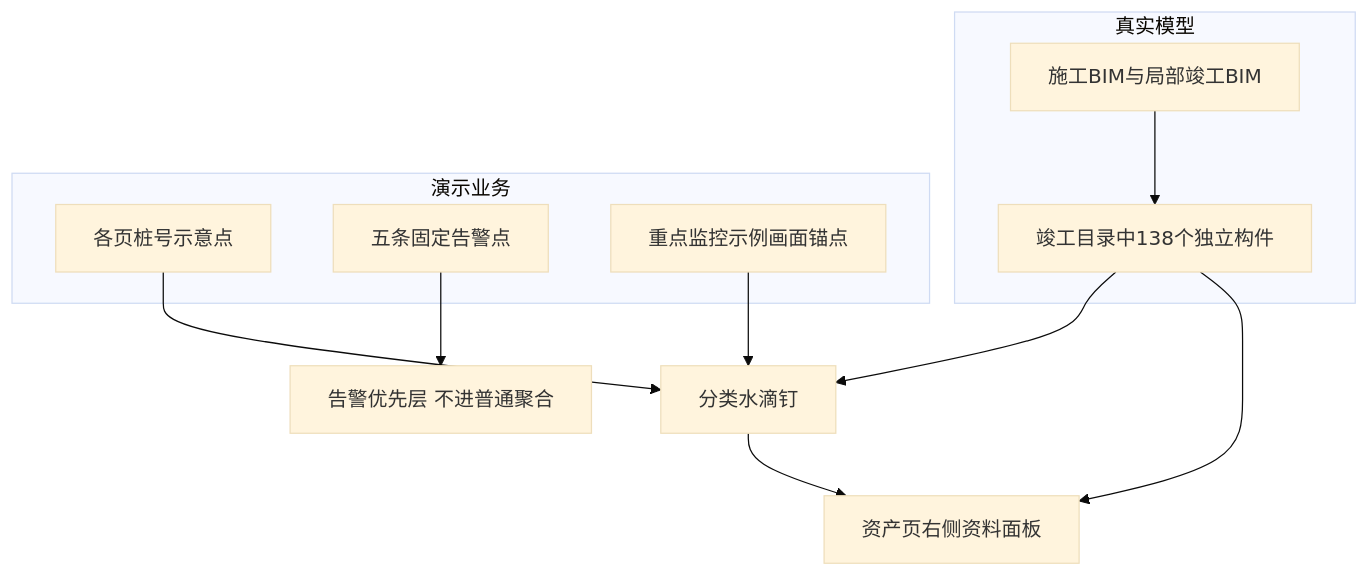
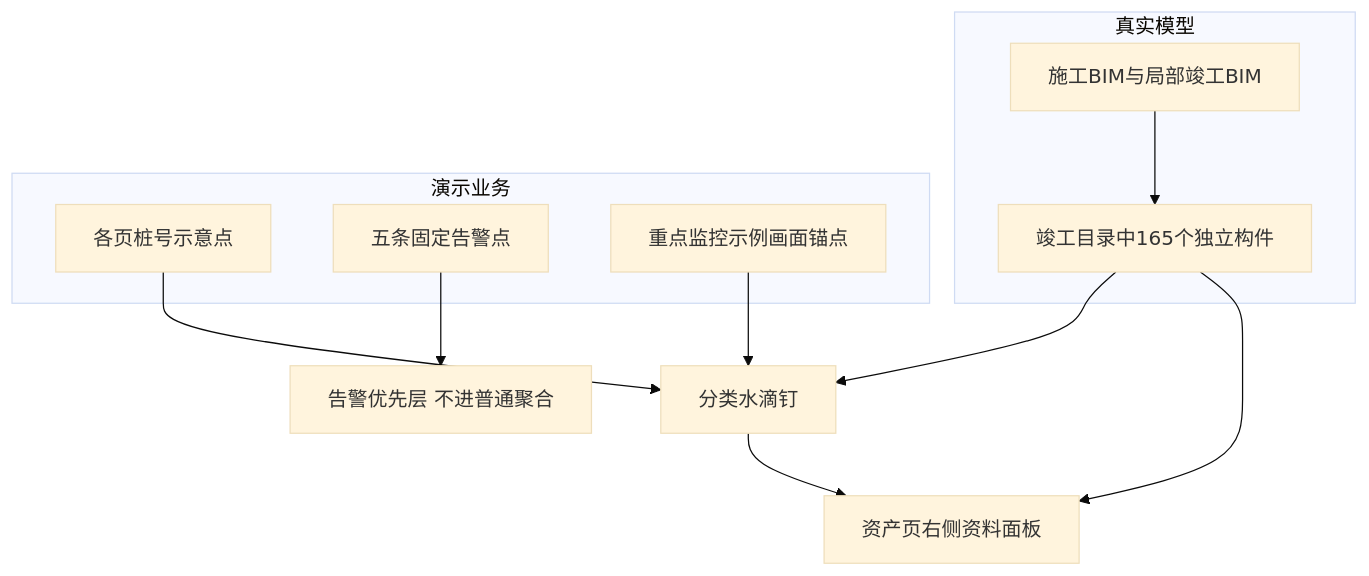
The third of 3 diagrams in docs/交付/02-产品思维导图.md (WangYing156/lianghu-yunwei), drawn with Mermaid (base theme) before and after one commit. The commit also changed other lines of this file and 22 other files, not shown here.

````diff
--- a/docs/交付/02-产品思维导图.md
+++ b/docs/交付/02-产品思维导图.md
@@ -105,19 +107,19 @@
 ```mermaid
 flowchart TB
   subgraph realData [真实模型]
     BIM[施工BIM与局部竣工BIM]
-    EQ[竣工目录中138个独立构件]
+    EQ[竣工目录中165个独立构件]
     BIM --> EQ
   end
   subgraph demoData [演示业务]
     STAKE[各页桩号示意点]
     ALERT[五条固定告警点]
     CCTV[重点监控示例画面锚点]
   end
   EQ --> MARK[分类水滴钉]
   STAKE --> MARK
   ALERT --> PRIOR[告警优先层 不进普通聚合]
   CCTV --> MARK
   MARK --> PANEL[资产页右侧资料面板]
   EQ --> PANEL
 ```
````
